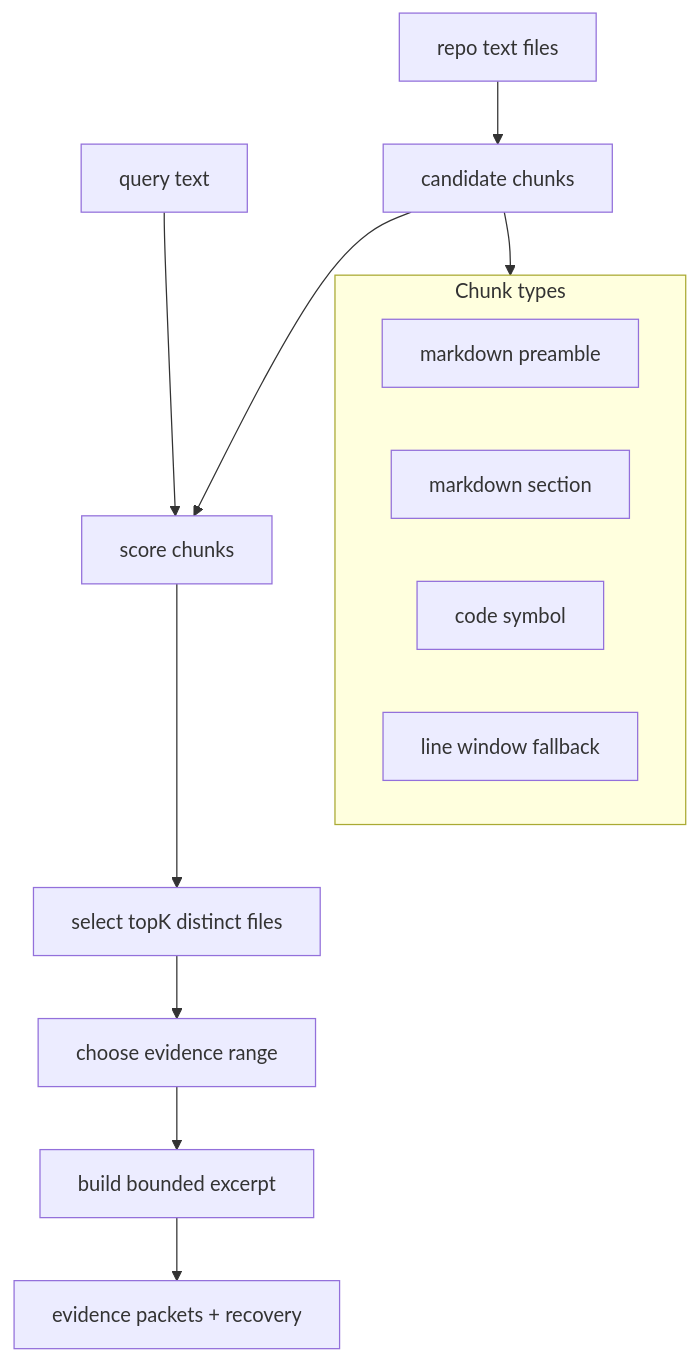
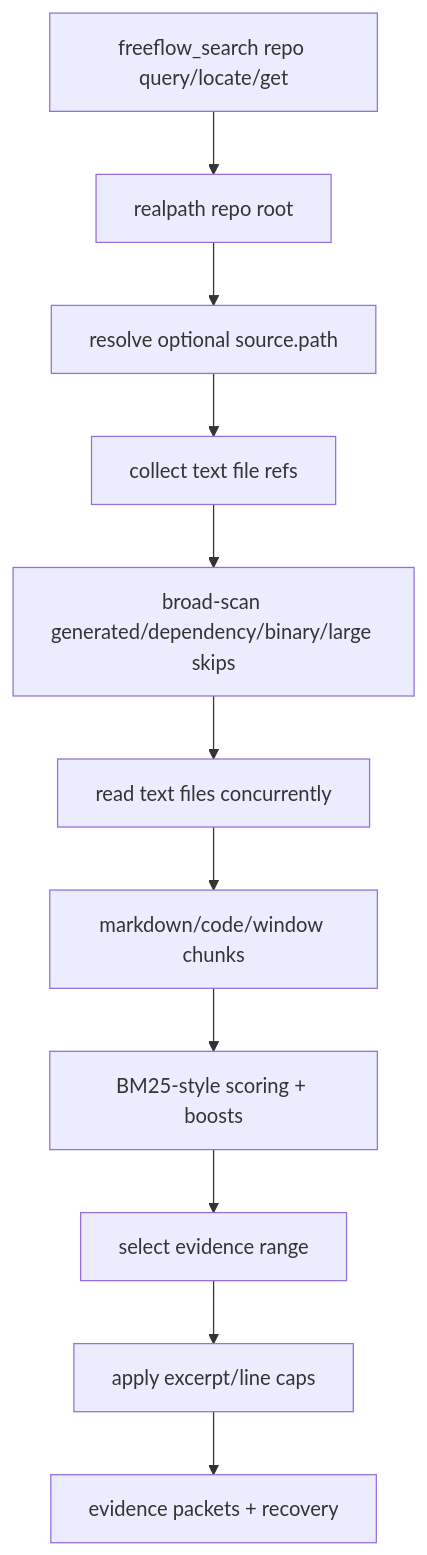
Before and after one commit to hassan-mohiddin/freeflow: the third of 12 diagrams in docs/designs/freeflow-output-router-architecture.md, drawn with Mermaid. The commit also changed other lines of this file and 28 other files, not shown here.

````diff
--- a/docs/designs/freeflow-output-router-architecture.md
+++ b/docs/designs/freeflow-output-router-architecture.md
@@ -578,27 +490,16 @@
 ```mermaid
 flowchart TD
-  Query["query text"]
-  Files["repo text files"]
-  Chunks["candidate chunks"]
-  Score["score chunks"]
-  Select["select topK distinct files"]
-  Range["choose evidence range"]
-  Bound["build bounded excerpt"]
-  Result["evidence packets + recovery"]
+  Input[freeflow_search repo query/locate/get]
+  Root[realpath repo root]
+  Resolve[resolve optional source.path]
+  Traverse[collect text file refs]
+  Skip[broad-scan generated/dependency/binary/large skips]
+  Read[read text files concurrently]
+  Chunk[markdown/code/window chunks]
+  Score[BM25-style scoring + boosts]
+  Range[select evidence range]
+  Bound[apply excerpt/line caps]
+  Result[evidence packets + recovery]
 
-  Query --> Score
-  Files --> Chunks
-  Chunks --> Score
-  Score --> Select
-  Select --> Range
-  Range --> Bound
-  Bound --> Result
-
-  subgraph ChunkTypes["Chunk types"]
-    Preamble["markdown preamble"]
-    Section["markdown section"]
-    Symbol["code symbol"]
-    Window["line window fallback"]
-  end
-  Chunks --> ChunkTypes
+  Input --> Root --> Resolve --> Traverse --> Skip --> Read --> Chunk --> Score --> Range --> Bound --> Result
 ```
````
